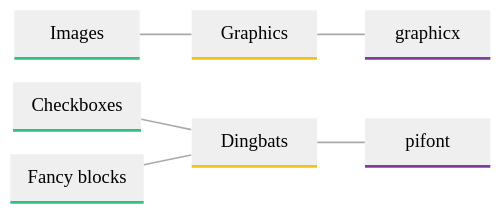
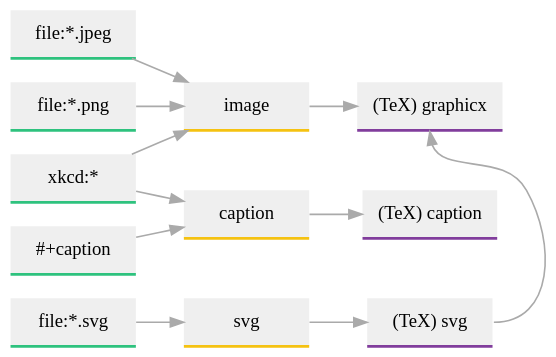
Before and after one commit to tecosaur/emacs-config: the second of 2 diagrams in config.org, drawn with Graphviz. The commit also changed other lines of this file and 1 other file, not shown here.

```diff
--- a/config.org
+++ b/config.org
@@ -7277,20 +7291,31 @@
 #+begin_src dot :file misc/org-latex-clever-preamble.svg :exports none
 digraph {
     graph [bgcolor="transparent"];
     node  [shape="underline" penwidth="2" width="1.3" style="rounded,filled" fillcolor="#efefef" color="#c9c9c9" fontcolor="#000000" fontname="overpass"];
-    edge  [arrowhead=none color="#aaaaaa" penwidth="1.2"]
+    edge  [color="#aaaaaa" penwidth="1.2"]
     rankdir=LR
 
-    "Checkboxes" [color="#2ec27e"]
-    "Fancy blocks" [color="#2ec27e"]
-    "Images" [color="#2ec27e"]
-    "Dingbats" [color="#f5c211"]
-    "Graphics" [color="#f5c211"]
-    "pifont" [color="#813d9c"]
-    "graphicx" [color="#813d9c"]
+    node[group=a,color="#2ec27e"]
+    "file:*.jpeg"
+    "file:*.png"
+    "file:*.svg"
+    "#+caption"
+    "xkcd:*"
+    node[group=b,color="#f5c211"]
+    "image"
+    "svg"
+    "caption"
+    node[group=c,color="#813d9c"]
+    "(TeX) graphicx"
+    "(TeX) svg"
+    "(TeX) caption"
 
-    "Checkboxes" -> "Dingbats" -> "pifont"
-    "Fancy blocks" -> "Dingbats"
-    "Images" -> "Graphics" -> "graphicx"
+    "file:*.jpeg" -> "image" -> "(TeX) graphicx"
+    "file:*.png" -> "image"
+    "file:*.svg" -> "svg" -> "(TeX) svg"
+    "(TeX) svg":e -> "(TeX) graphicx":s [constraint=false]
+    "#+caption" -> "caption" -> "(TeX) caption"
+    "xkcd:*" -> "image"
+    "xkcd:*" -> "caption"
 }
 #+end_src
```
